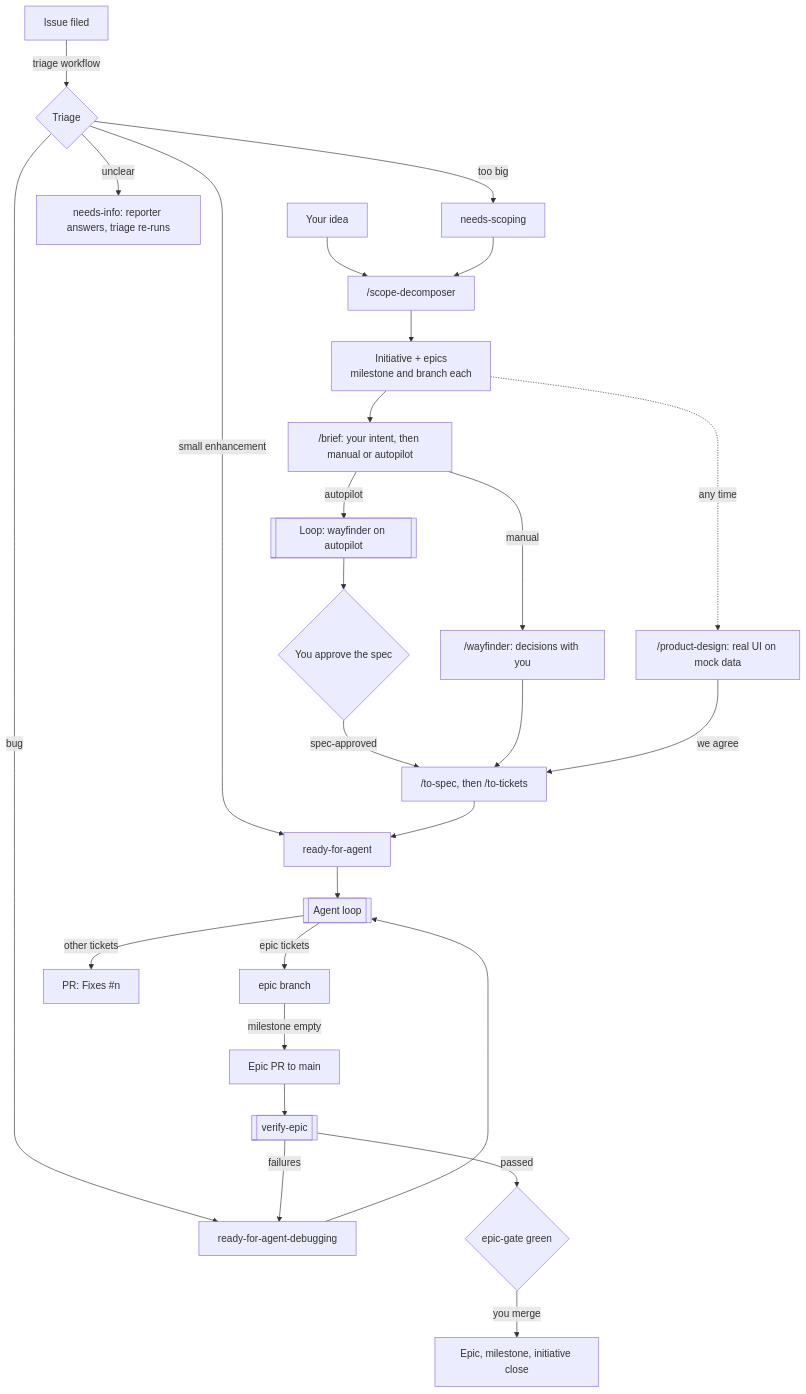
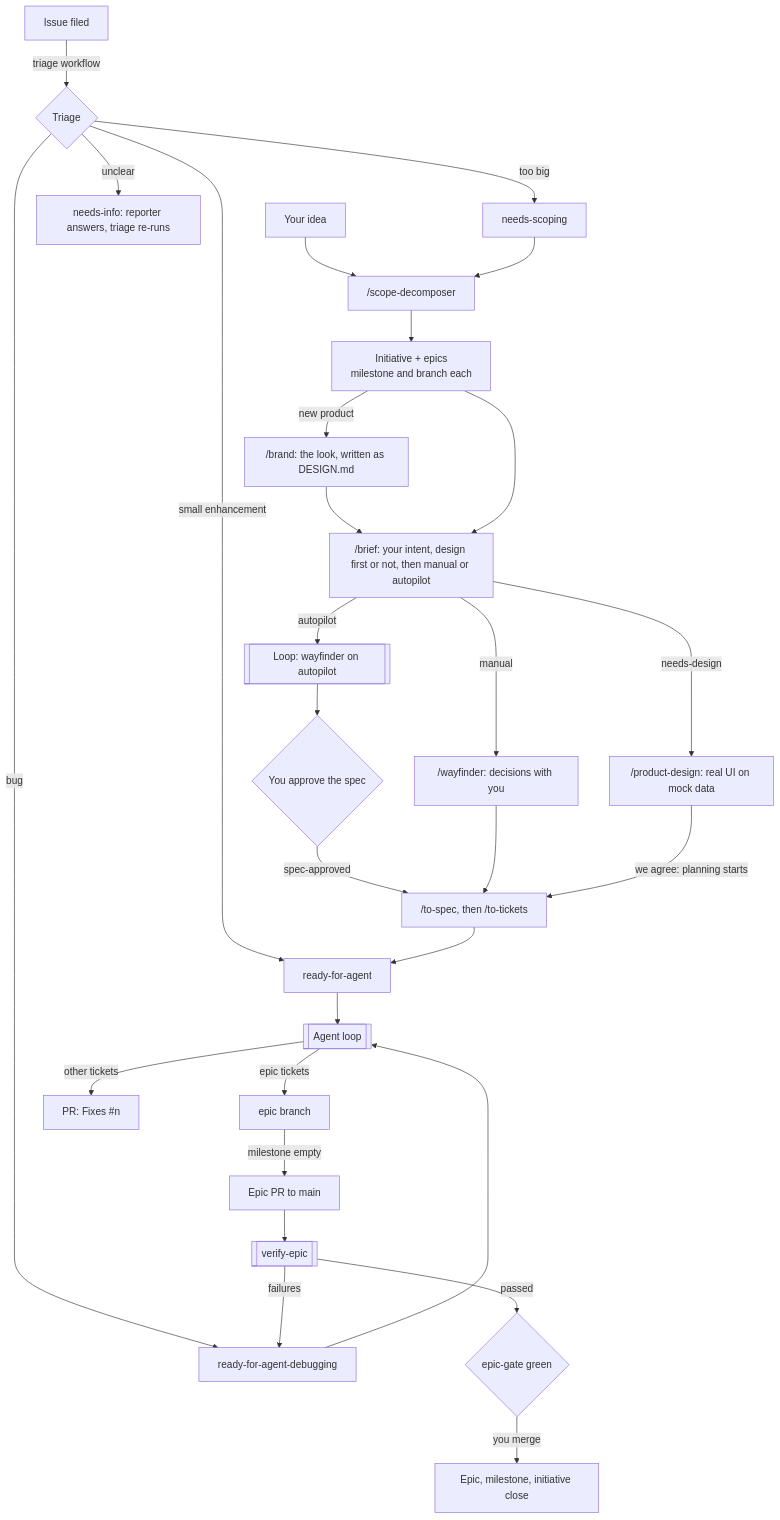
The diagram in docs/workflow.md (imick-io/skills), drawn with Mermaid before and after one commit. The commit also changed other lines of this file and 27 other files, not shown here.

Commit message:
Design comes first: /brand, the needs-design gate, and design review in the loop (v2)

````diff
--- a/docs/workflow.md
+++ b/docs/workflow.md
@@ -7,29 +7,31 @@
 ```mermaid
 flowchart TD
   I[Issue filed] -->|triage workflow| T{Triage}
   T -->|small enhancement| RA[ready-for-agent]
   T -->|bug| RB[ready-for-agent-debugging]
   T -->|too big| NS[needs-scoping]
   T -->|unclear| NI["needs-info: reporter answers, triage re-runs"]
   Idea[Your idea] --> SD
   NS --> SD["/scope-decomposer"]
   SD --> E["Initiative + epics<br/>milestone and branch each"]
-  E --> B["/brief: your intent, then manual or autopilot"]
+  E -->|new product| BR["/brand: the look, written as DESIGN.md"]
+  BR --> B
+  E --> B["/brief: your intent, design first or not, then manual or autopilot"]
   B -->|manual| W["/wayfinder: decisions with you"]
   B -->|autopilot| WA[["Loop: wayfinder on autopilot"]]
   WA --> SR{"You approve the spec"}
   SR -->|spec-approved| SP
-  E -. any time .-> PD["/product-design: real UI on mock data"]
+  B -->|needs-design| PD["/product-design: real UI on mock data"]
   W --> SP["/to-spec, then /to-tickets"]
-  PD -->|we agree| SP
+  PD -->|"we agree: planning starts"| SP
   SP --> RA
   RA --> L[[Agent loop]]
   RB --> L
   L -->|epic tickets| EB[epic branch]
   L -->|other tickets| PR1["PR: Fixes #n"]
   EB -->|milestone empty| EPR[Epic PR to main]
   EPR --> V[[verify-epic]]
   V -->|failures| RB
   V -->|passed| G{epic-gate green}
   G -->|you merge| C[Epic, milestone, initiative close]
 ```
````
